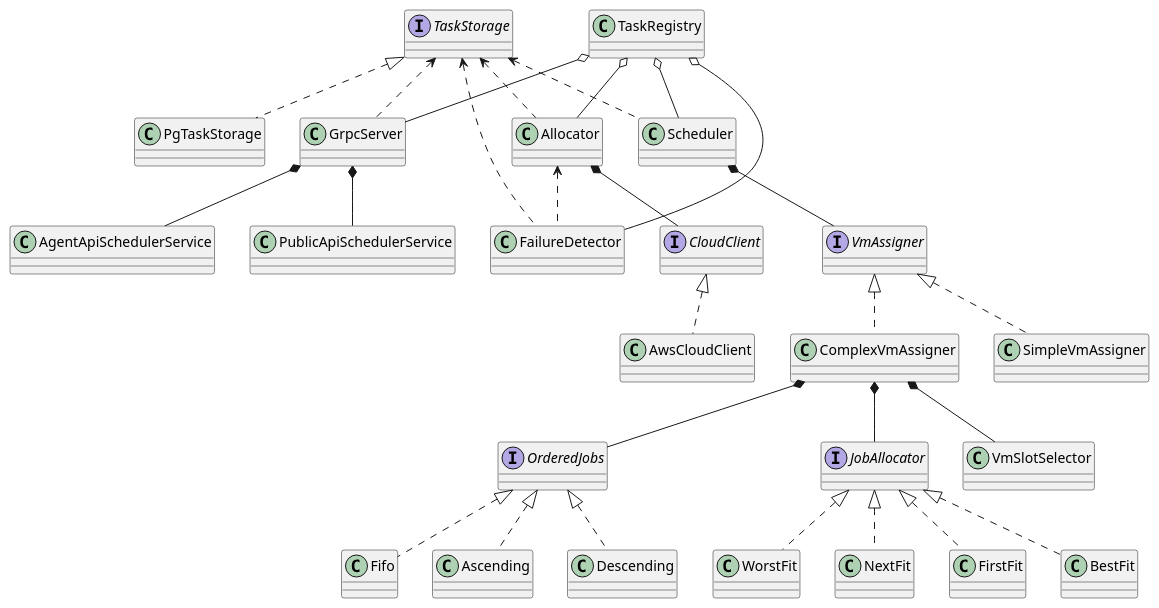
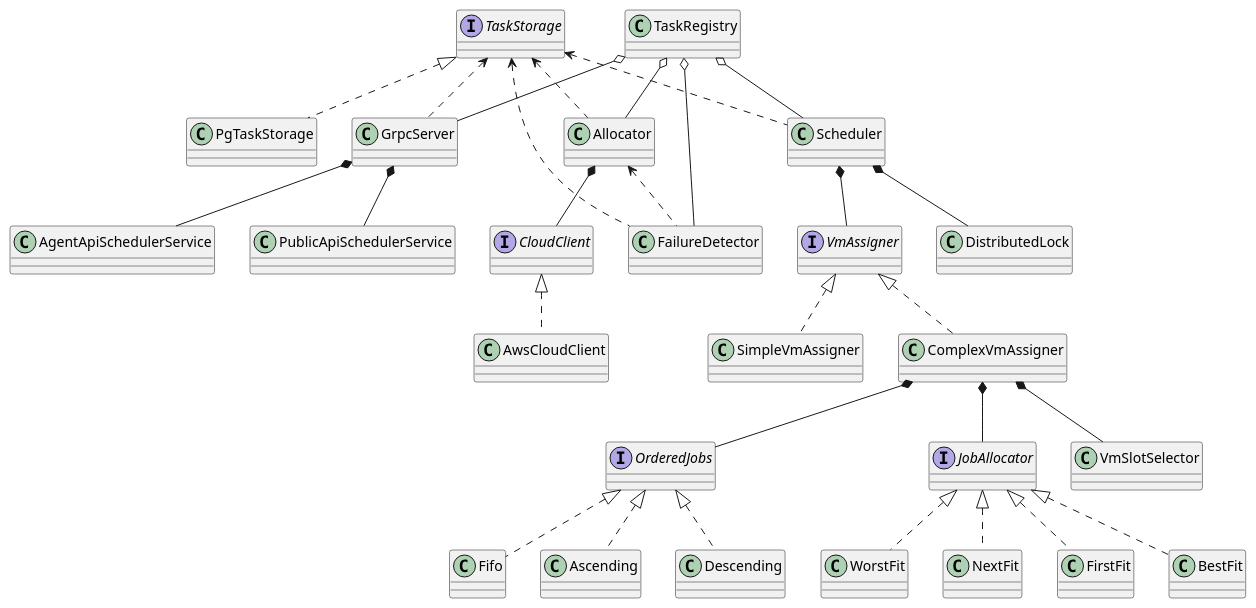
The diagram in docs/uml-diagrams/classes.puml (yutsareva/vm-scheduler), drawn with PlantUML before and after one commit. The commit also changed 2 other files, not shown here.

```diff
--- a/docs/uml-diagrams/classes.puml
+++ b/docs/uml-diagrams/classes.puml
@@ -1,59 +1,62 @@
 @startuml
 
 interface TaskStorage
 class PgTaskStorage
 TaskStorage <|.. PgTaskStorage
 
 class Allocator
 interface CloudClient
 class AwsCloudClient
 
 Allocator *-- CloudClient
 CloudClient <|.. AwsCloudClient
 TaskStorage <.. Allocator
 
 class Scheduler
 interface VmAssigner
 interface OrderedJobs
 class Fifo
 class Ascending
 class Descending
 interface JobAllocator
 class BestFit
 class WorstFit
 class NextFit
 class FirstFit
+
+class DistributedLock
+Scheduler *-- DistributedLock
 
 Scheduler *-- VmAssigner
 TaskStorage <.. Scheduler
 VmAssigner <|.. SimpleVmAssigner
 VmAssigner <|.. ComplexVmAssigner
 ComplexVmAssigner *-- OrderedJobs
 OrderedJobs <|.. Fifo
 OrderedJobs <|.. Ascending
 OrderedJobs <|.. Descending
 ComplexVmAssigner *-- JobAllocator
 JobAllocator <|.. BestFit
 JobAllocator <|.. WorstFit
 JobAllocator <|.. NextFit
 JobAllocator <|.. FirstFit
 ComplexVmAssigner *-- VmSlotSelector
 
 class FailureDetector
 Allocator <.. FailureDetector
 TaskStorage <.. FailureDetector
 
 class GrpcServer
 class AgentApiSchedulerService
 class PublicApiSchedulerService
 TaskStorage <.. GrpcServer
 GrpcServer *-- AgentApiSchedulerService
 GrpcServer *-- PublicApiSchedulerService
 
 class TaskRegistry
 TaskRegistry o-- Allocator
 TaskRegistry o-- GrpcServer
 TaskRegistry o-- Scheduler
 TaskRegistry o-- FailureDetector
 
 @enduml
```
